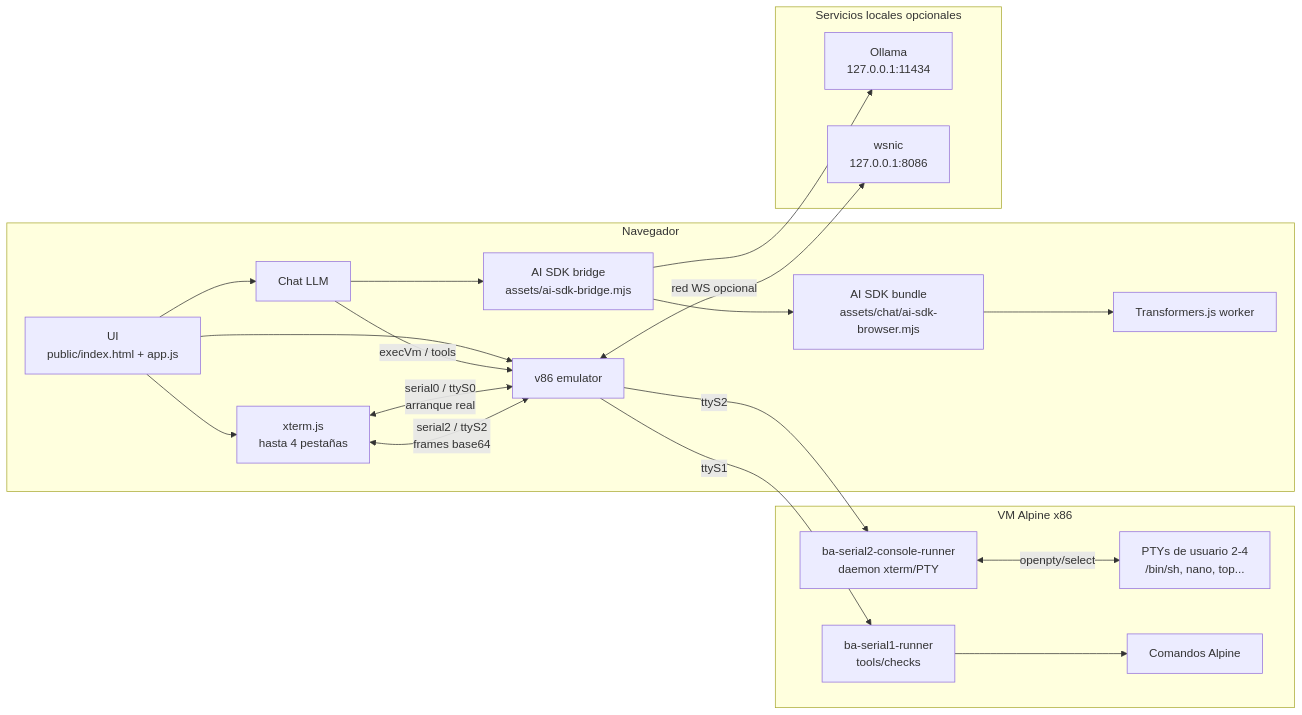
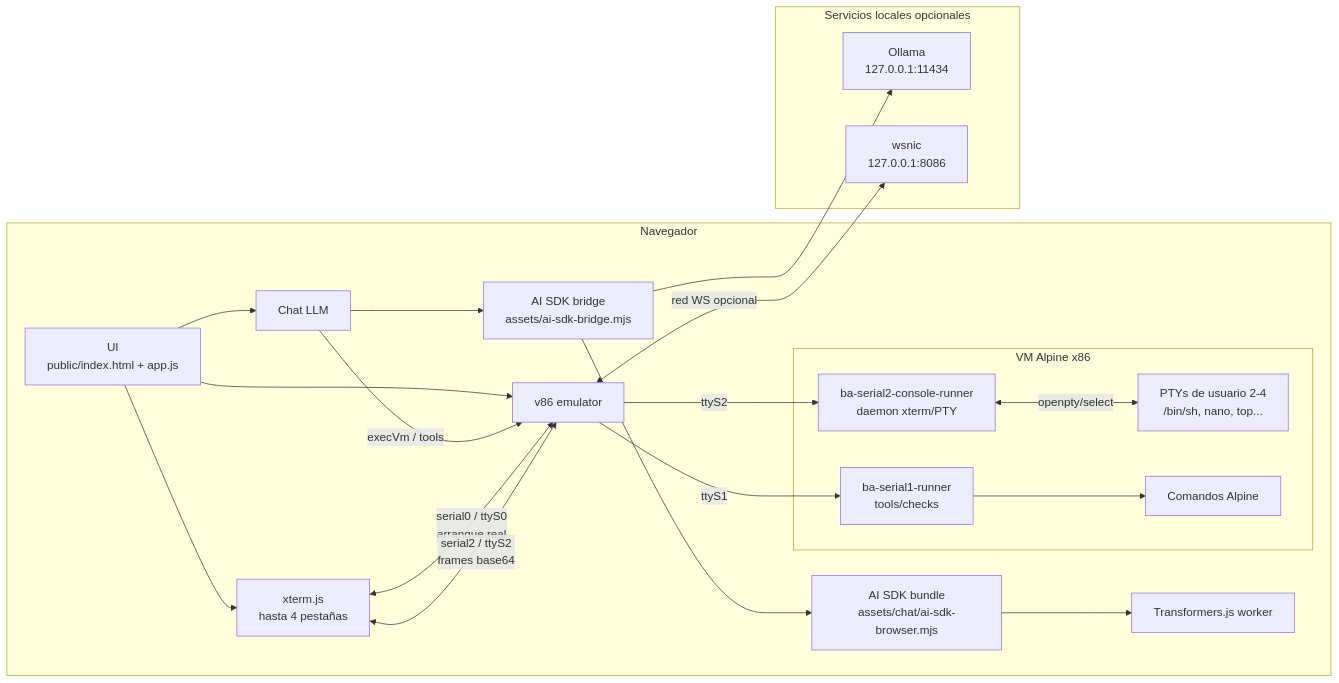
One commit to Len4m/browser-agent-v86-poc changed the diagram in docs/ARCHITECTURE.md. Above: the diagram before and after it, drawn with Mermaid.

Commit message:
Refactor ARCHITECTURE.md to improve diagram structure

````diff
--- a/docs/ARCHITECTURE.md
+++ b/docs/ARCHITECTURE.md
@@ -9,40 +9,40 @@
 ```mermaid
 flowchart LR
   subgraph Browser["Navegador"]
     UI["UI<br/>public/index.html + app.js"]
     Xterm["xterm.js<br/>hasta 4 pestañas"]
     Chat["Chat LLM"]
     Bridge["AI SDK bridge<br/>assets/ai-sdk-bridge.mjs"]
     AiBundle["AI SDK bundle<br/>assets/chat/ai-sdk-browser.mjs"]
     Worker["Transformers.js worker"]
     V86["v86 emulator"]
-  end
 
-  subgraph VM["VM Alpine x86"]
-    PTY["PTYs de usuario 2-4<br/>/bin/sh, nano, top..."]
-    S1["ba-serial1-runner<br/>tools/checks"]
-    S2["ba-serial2-console-runner<br/>daemon xterm/PTY"]
-    Tools["Comandos Alpine"]
+    subgraph VM["VM Alpine x86"]
+      PTY["PTYs de usuario 2-4<br/>/bin/sh, nano, top..."]
+      S1["ba-serial1-runner<br/>tools/checks"]
+      S2["ba-serial2-console-runner<br/>daemon xterm/PTY"]
+      Tools["Comandos Alpine"]
+    end
   end
 
   subgraph Local["Servicios locales opcionales"]
     Ollama["Ollama<br/>127.0.0.1:11434"]
     Wsnic["wsnic<br/>127.0.0.1:8086"]
   end
 
   UI --> Chat
   UI --> Xterm
   UI --> V86
   Chat --> Bridge
   Bridge --> AiBundle
   AiBundle --> Worker
   Bridge --> Ollama
   Chat -->|"execVm / tools"| V86
   Xterm <-->|"serial0 / ttyS0<br/>arranque real"| V86
   Xterm <-->|"serial2 / ttyS2<br/>frames base64"| V86
   V86 -->|"ttyS1"| S1
   S1 --> Tools
   V86 -->|"ttyS2"| S2
   S2 <-->|"openpty/select"| PTY
   V86 <-->|"red WS opcional"| Wsnic
 ```
````
